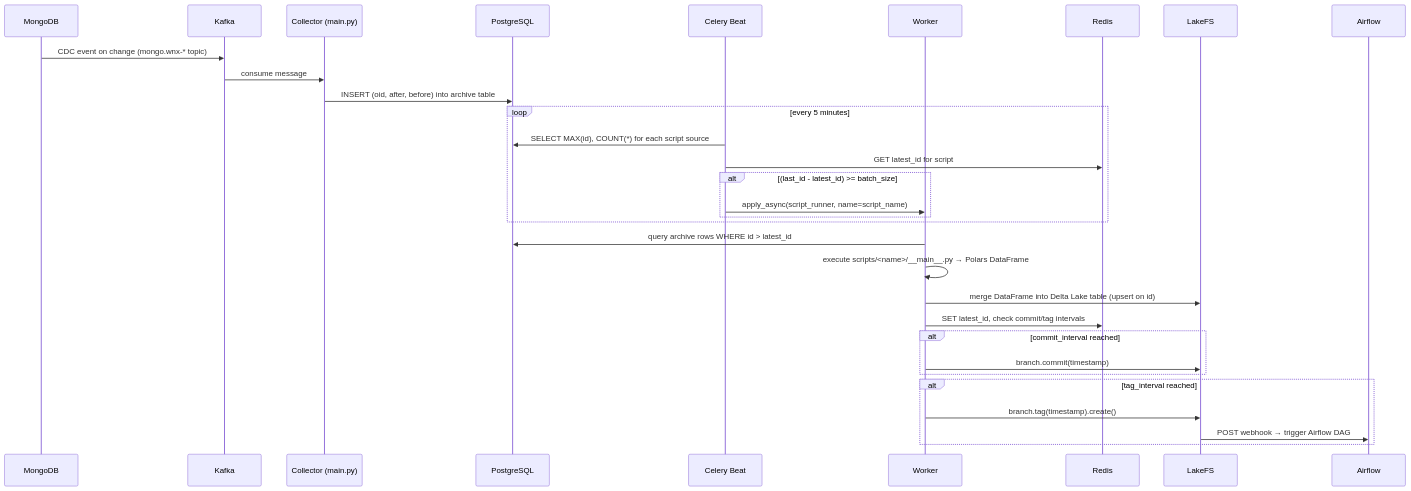
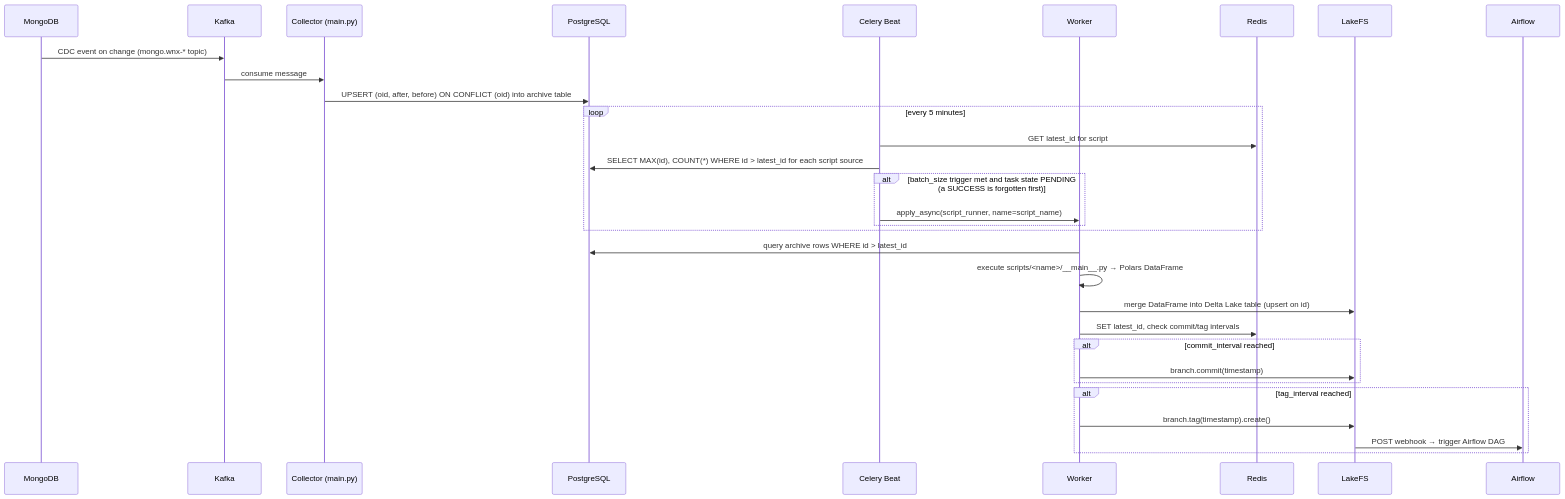
Before and after one commit to wenex-org/platform-docs: the first of 2 diagrams in mlops/architecture.md, drawn with Mermaid. The commit also changed other lines of this file and 5 other files, not shown here.

````diff
--- a/mlops/architecture.md
+++ b/mlops/architecture.md
@@ -30,38 +30,38 @@
 ```mermaid
 sequenceDiagram
     accTitle: MLOps data flow
     accDescr: MongoDB changes flow through Kafka to the collector, which archives them in PostgreSQL. Every five minutes Celery Beat queues a worker when enough rows arrived, and the worker runs the script, merges the result into LakeFS, commits and tags it. A tag triggers an Airflow DAG.
     participant MDB as MongoDB
     participant KFK as Kafka
     participant COL as Collector (main.py)
     participant PG as PostgreSQL
     participant BEAT as Celery Beat
     participant WRK as Worker
     participant RDS as Redis
     participant LFS as LakeFS
     participant AIR as Airflow
 
     MDB->>KFK: CDC event on change (mongo.wnx-* topic)
     KFK->>COL: consume message
-    COL->>PG: INSERT (oid, after, before) into archive table
+    COL->>PG: UPSERT (oid, after, before) ON CONFLICT (oid) into archive table
 
     loop every 5 minutes
-        BEAT->>PG: SELECT MAX(id), COUNT(*) for each script source
         BEAT->>RDS: GET latest_id for script
-        alt (last_id - latest_id) >= batch_size
+        BEAT->>PG: SELECT MAX(id), COUNT(*) WHERE id > latest_id for each script source
+        alt batch_size trigger met and task state PENDING (a SUCCESS is forgotten first)
             BEAT->>WRK: apply_async(script_runner, name=script_name)
         end
     end
 
     WRK->>PG: query archive rows WHERE id > latest_id
     WRK->>WRK: execute scripts/<name>/__main__.py → Polars DataFrame
     WRK->>LFS: merge DataFrame into Delta Lake table (upsert on id)
     WRK->>RDS: SET latest_id, check commit/tag intervals
     alt commit_interval reached
         WRK->>LFS: branch.commit(timestamp)
     end
     alt tag_interval reached
         WRK->>LFS: branch.tag(timestamp).create()
         LFS->>AIR: POST webhook → trigger Airflow DAG
     end
 ```
````
